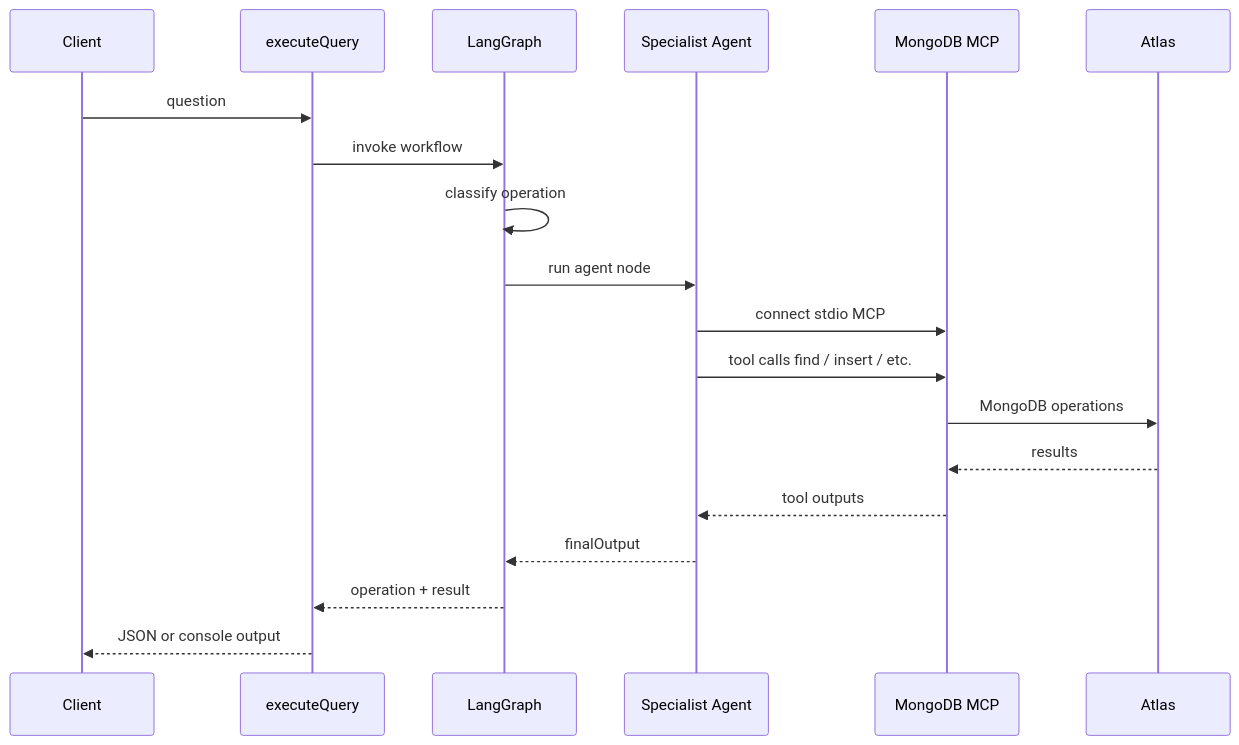
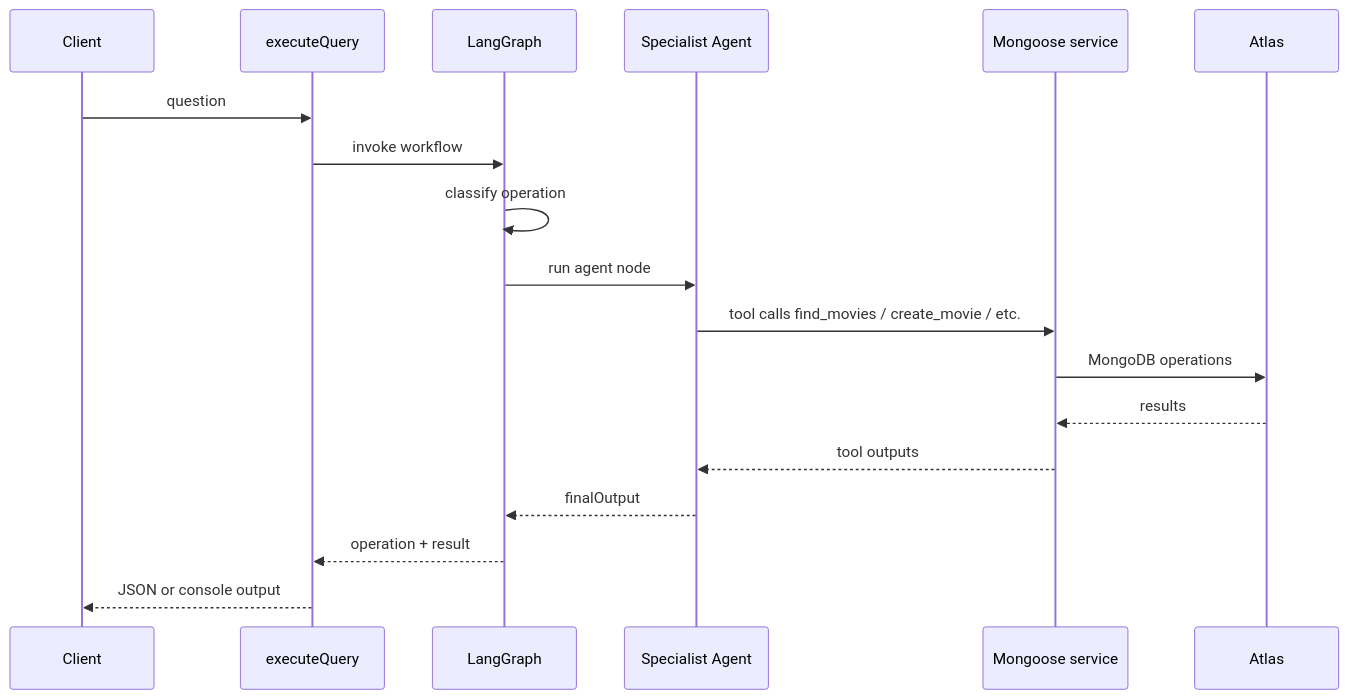
One commit to tansenkhan1990/MCP_TYEPSCRIPT_MONGODB_LANGGRAPH_OPENAI_AGENT changed the second of 2 diagrams in README.md. Above: the diagram before and after it, drawn with Mermaid. The commit also changed other lines of this file and 3 other files, not shown here.

````diff
--- a/README.md
+++ b/README.md
@@ -474,22 +473,21 @@
 ```mermaid
 sequenceDiagram
   participant C as Client
   participant E as executeQuery
   participant G as LangGraph
   participant A as Specialist Agent
-  participant M as MongoDB MCP
+  participant S as Mongoose service
   participant D as Atlas
 
   C->>E: question
   E->>G: invoke workflow
   G->>G: classify operation
   G->>A: run agent node
-  A->>M: connect stdio MCP
-  A->>M: tool calls find / insert / etc.
-  M->>D: MongoDB operations
-  D-->>M: results
-  M-->>A: tool outputs
+  A->>S: tool calls find_movies / create_movie / etc.
+  S->>D: MongoDB operations
+  D-->>S: results
+  S-->>A: tool outputs
   A-->>G: finalOutput
   G-->>E: operation + result
   E-->>C: JSON or console output
 ```
````
